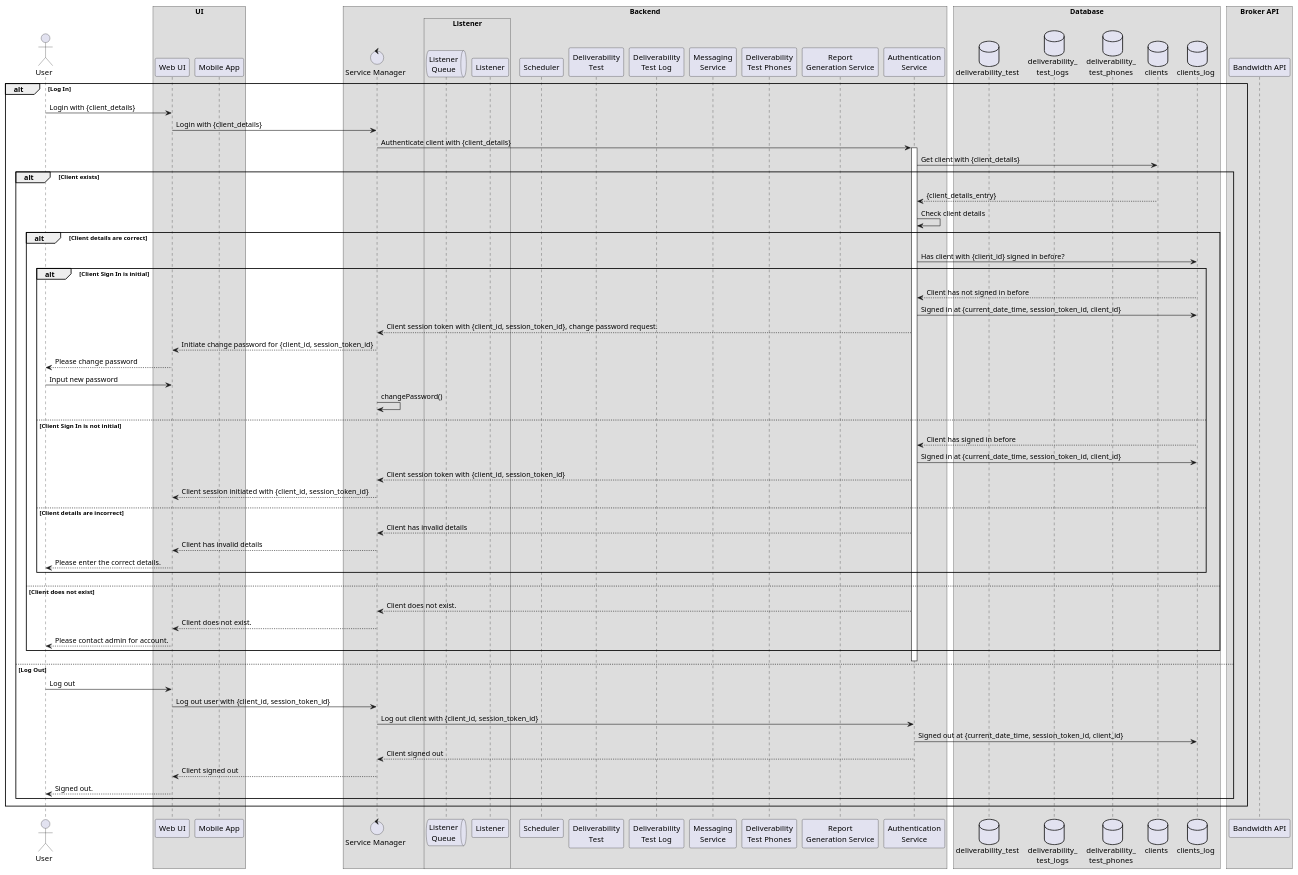
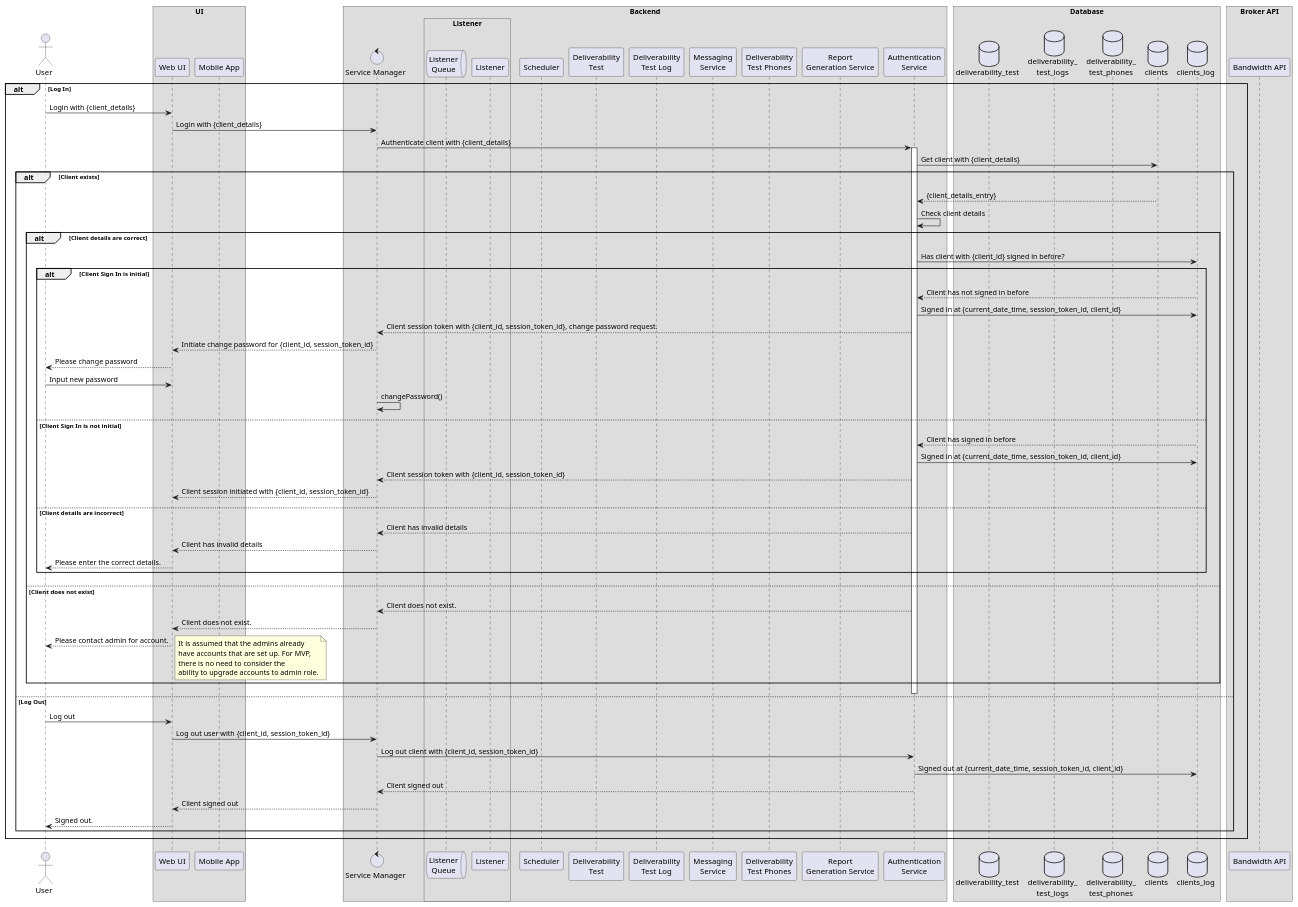
One commit to Xyz0074/testing-diagrams changed the diagram in src/sequence-diagrams/user-login-sequence-diagram.puml. Above: the diagram before and after it, drawn with PlantUML.

Commit message:
Added note to login to show admin feature.

```diff
--- a/src/sequence-diagrams/user-login-sequence-diagram.puml
+++ b/src/sequence-diagrams/user-login-sequence-diagram.puml
@@ -1,87 +1,93 @@
 @startuml
 !pragma teoz true
 /'Defines the protocol when a user wants to log in or log out.'/
 /'author: Luvai Cutlerywala <luvaidc@gmail.com>'/
 
 /'Define the actors and participants.'/
 actor User as user
 
 box UI
     participant "Web UI" as web_ui
     participant "Mobile App" as mobile_app
 end box
 
 box Backend
     control "Service Manager" as service_manager
 
     box Listener
         queue "Listener\nQueue" as listener_queue
         participant "Listener" as listener
     end box
 
     participant "Scheduler" as scheduler
     participant "Deliverability\nTest" as deliverability_test
     participant "Deliverability\nTest Log" as deliverability_test_log
     participant "Messaging\nService" as messenger
     participant "Deliverability\nTest Phones" as deliverability_test_phones
     participant "Report\nGeneration Service" as report_generator
     participant "Authentication\nService" as auth
 end box
 
 box Database
     database "deliverability_test" as dt
     database "deliverability_\ntest_logs" as dtl
     database "deliverability_\ntest_phones" as dtp
     database clients as clients
     database clients_log as cl
 end box
 
 box "Broker API"
     participant "Bandwidth API" as broker_api
 end box
 
 alt Log In
     user -> web_ui: Login with {client_details}
     web_ui -> service_manager: Login with {client_details}
     service_manager -> auth: Authenticate client with {client_details}
     activate auth
     auth -> clients: Get client with {client_details}
     alt Client exists
         clients --> auth: {client_details_entry}
         auth -> auth: Check client details
         alt Client details are correct
             auth -> cl: Has client with {client_id} signed in before?
             alt Client Sign In is initial
                 cl --> auth: Client has not signed in before
                 auth -> cl: Signed in at {current_date_time, session_token_id, client_id}
                 auth --> service_manager: Client session token with {client_id, session_token_id}, change password request.
                 service_manager --> web_ui: Initiate change password for {client_id, session_token_id}
                 web_ui --> user: Please change password
                 user -> web_ui: Input new password
                 service_manager -> service_manager: changePassword()
             else Client Sign In is not initial
                 cl --> auth: Client has signed in before
                 auth -> cl: Signed in at {current_date_time, session_token_id, client_id}
                 auth --> service_manager: Client session token with {client_id, session_token_id}
                 service_manager --> web_ui: Client session initiated with {client_id, session_token_id}
         else Client details are incorrect
             auth --> service_manager: Client has invalid details
             service_manager --> web_ui: Client has invalid details
             web_ui --> user: Please enter the correct details.
         end
     else Client does not exist
         auth --> service_manager: Client does not exist.
         service_manager --> web_ui: Client does not exist.
         web_ui --> user: Please contact admin for account.
+        note right
+            It is assumed that the admins already
+            have accounts that are set up. For MVP,
+            there is no need to consider the
+            ability to upgrade accounts to admin role.
+        end note
     end
     deactivate auth
 else Log Out
     user -> web_ui: Log out
     web_ui -> service_manager: Log out user with {client_id, session_token_id}
     service_manager -> auth: Log out client with {client_id, session_token_id}
     auth -> cl: Signed out at {current_date_time, session_token_id, client_id}
     auth --> service_manager: Client signed out
     service_manager --> web_ui: Client signed out
     web_ui --> user: Signed out.
 end
 @enduml
```
